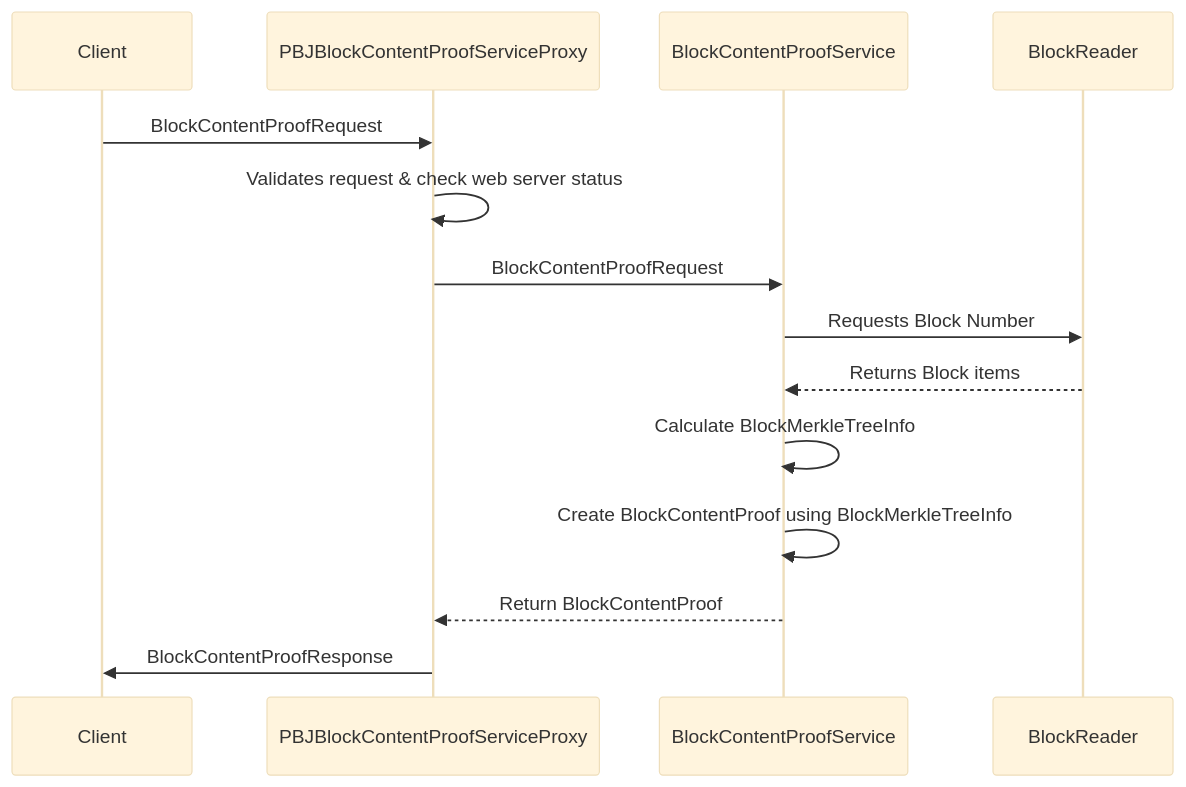
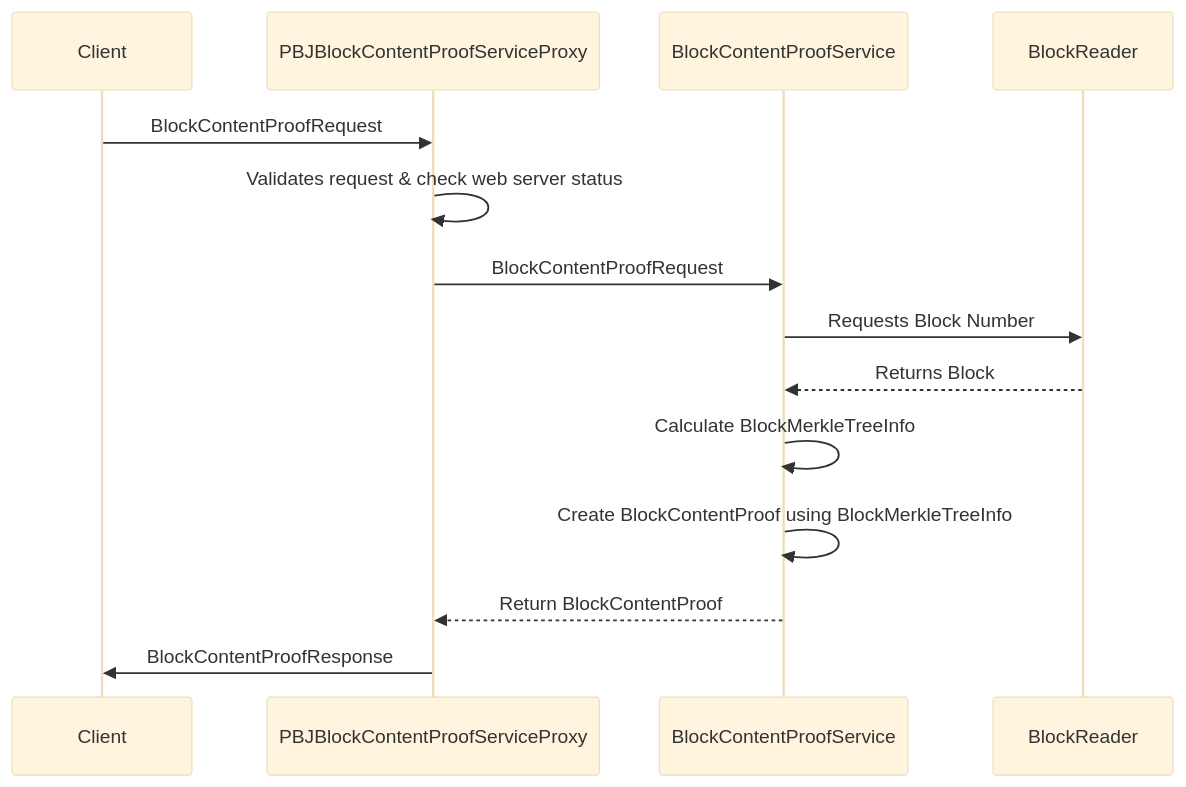
Before and after one commit to hiero-ledger/hiero-block-node: the diagram in block-node/server/docs/design/block-content-proof.md, drawn with Mermaid (base theme). The commit also changed other lines of this file, not shown here.

````diff
--- a/block-node/server/docs/design/block-content-proof.md
+++ b/block-node/server/docs/design/block-content-proof.md
@@ -149,18 +141,18 @@
 ```mermaid
 sequenceDiagram
     participant Client as Client
     participant Proxy as PBJBlockContentProofServiceProxy
     participant Service as BlockContentProofService
     participant Reader as BlockReader
 
     Client->>Proxy:  BlockContentProofRequest
     Proxy->>Proxy:  Validates request & check web server status
     Proxy->>Service: BlockContentProofRequest
     Service->>Reader: Requests Block Number
-    Reader-->>Service: Returns Block items
+    Reader-->>Service: Returns Block
     Service->>Service: Calculate BlockMerkleTreeInfo
     Service->>Service: Create BlockContentProof using BlockMerkleTreeInfo
     Service-->>Proxy: Return BlockContentProof
     Proxy->>Client: BlockContentProofResponse
 
 ```
````
